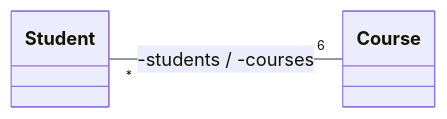
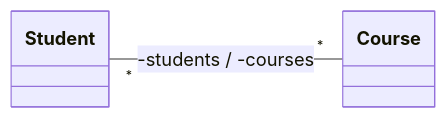
One commit to InfiniteAstral/notes changed the fifth of 8 diagrams in 计算机科学/面向对象设计与Java编程/2 UML 类图及其设计/2-1 UML 类图.md. Above: the diagram before and after it, drawn with Mermaid. The commit also changed other lines of this file, not shown here.

Commit message:
docs: update 计算机科学/面向对象设计与Java编程/2 UML 类图及其设计/2-1 UML 类图.md

````diff
--- a/计算机科学/面向对象设计与Java编程/2 UML 类图及其设计/2-1 UML 类图.md
+++ b/计算机科学/面向对象设计与Java编程/2 UML 类图及其设计/2-1 UML 类图.md
@@ -103,5 +160,5 @@
-```mermaid
-classDiagram
-direction LR
-Student "*" -- "6" Course : -students / -courses
-```
+  ```mermaid
+  classDiagram
+  direction LR
+  Student "*" -- "*" Course : -students / -courses
+  ```
````
